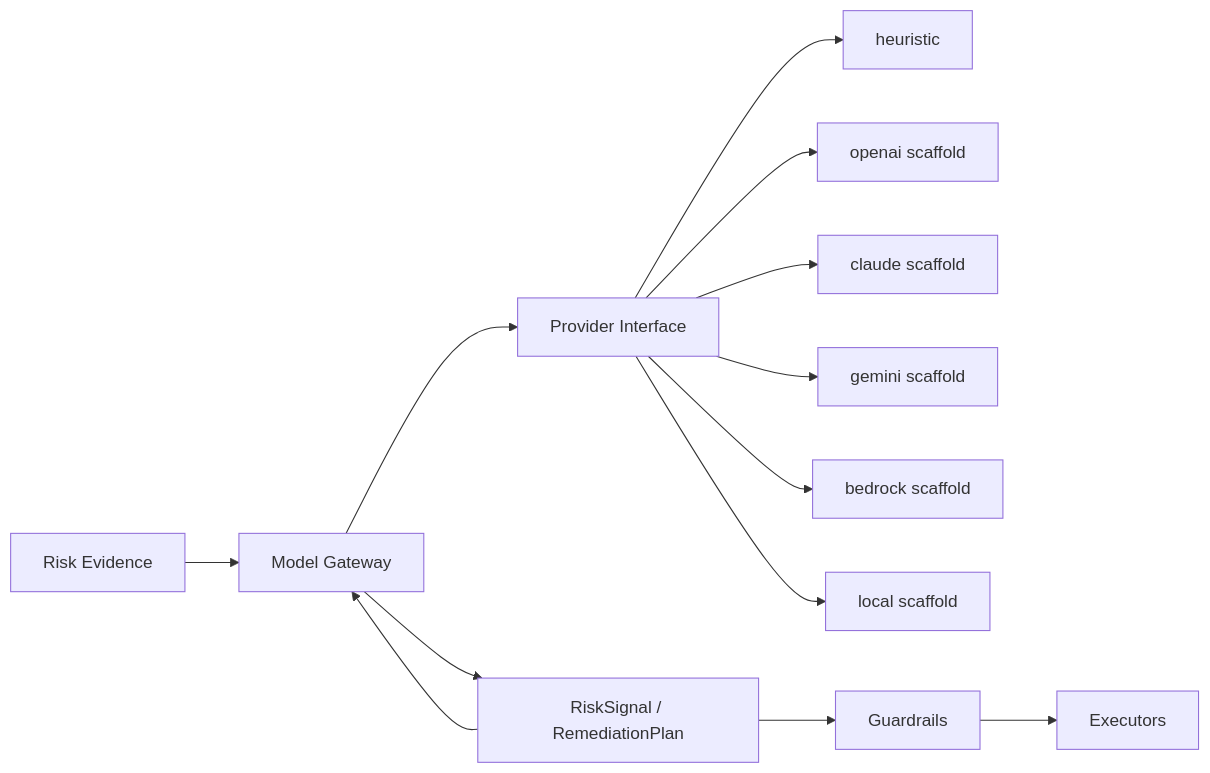
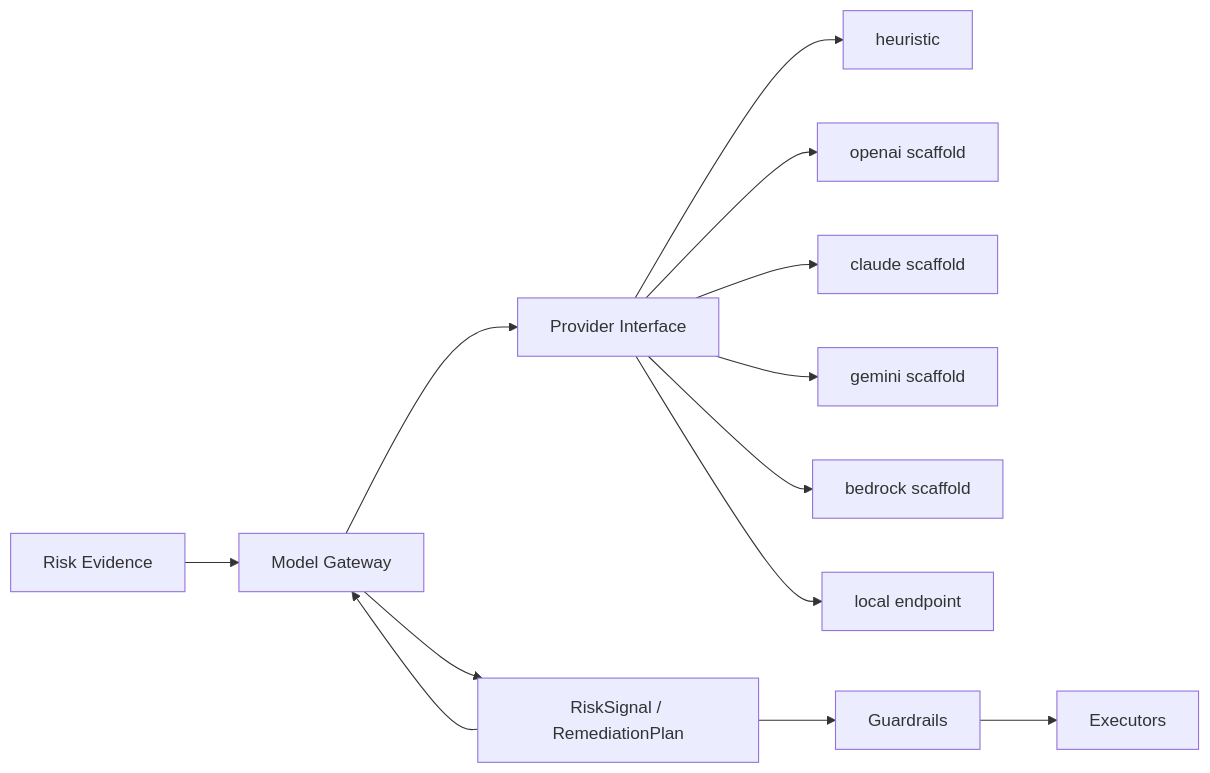
The diagram in docs/architecture/model-gateway.md (FluxSeer/fluxseer-rca), drawn with Mermaid before and after one commit. The commit also changed other lines of this file and 7 other files, not shown here.

````diff
--- a/docs/architecture/model-gateway.md
+++ b/docs/architecture/model-gateway.md
@@ -62,28 +62,28 @@
 ```mermaid
 flowchart LR
     EV[Risk Evidence]
     CRD[RiskSignal / RemediationPlan]
     MG[Model Gateway]
     PR[Provider Interface]
     H[heuristic]
     O[openai scaffold]
     C[claude scaffold]
     G[gemini scaffold]
     B[bedrock scaffold]
-    L[local scaffold]
+    L[local endpoint]
     GR[Guardrails]
     EX[Executors]
 
     EV --> MG
     CRD --> MG
     MG --> PR
     PR --> H
     PR --> O
     PR --> C
     PR --> G
     PR --> B
     PR --> L
     MG --> CRD
     CRD --> GR
     GR --> EX
 ```
````
